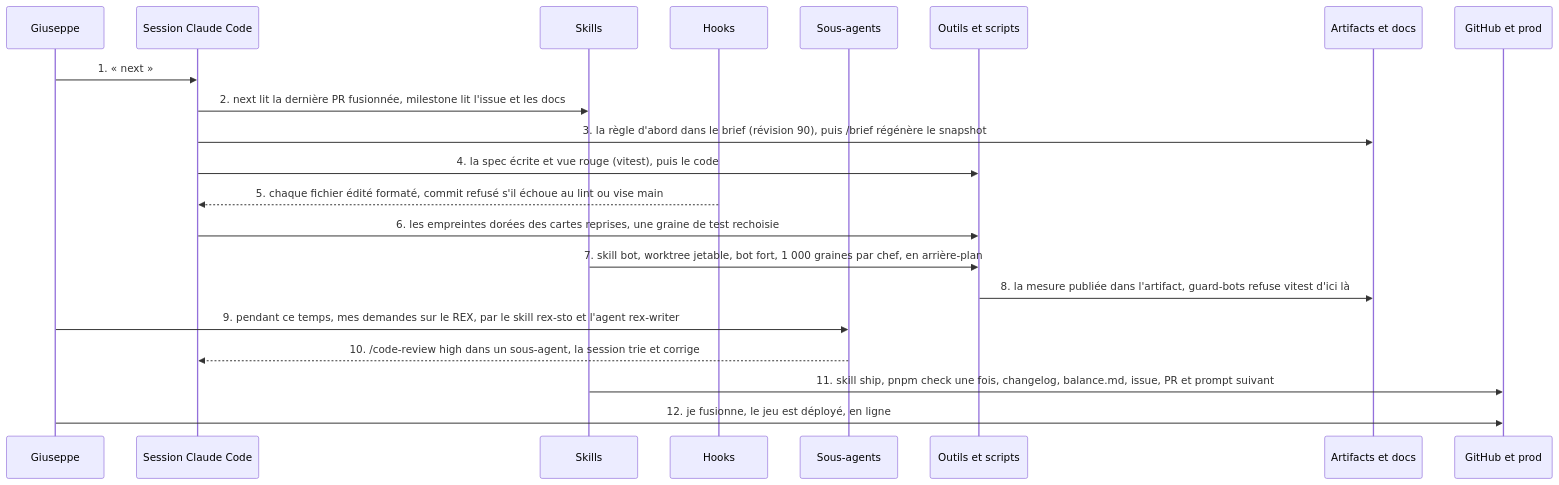
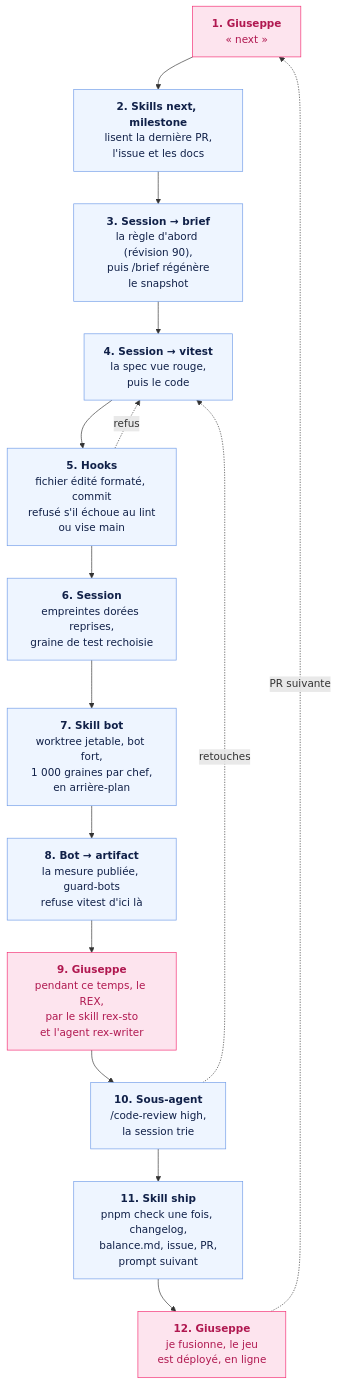
One commit to eleven-labs/blog.eleven-labs.com changed the diagram in _articles/fr/2026-10-27-workflow-claude-code-kebab-roguelite.mdx. Above: the diagram before and after it, drawn with Mermaid. The commit also changed other lines of this file and 2 other files, not shown here.

Commit message:
feat(article): redraw the request as a chart with loops and share the workflow files (fr, en)
The sequence diagram was stretched by its labels and unreadable once scaled down: a vertical
flowchart keeps its text legible on a phone, and its loops show the refusals, the review's
fixes and the next PR. The archive holds the workflow files, private links masked, under MIT.

````diff
--- a/_articles/fr/2026-10-27-workflow-claude-code-kebab-roguelite.mdx
+++ b/_articles/fr/2026-10-27-workflow-claude-code-kebab-roguelite.mdx
@@ -162,23 +164,21 @@
 ```mermaid
-sequenceDiagram
-  participant G as Giuseppe
-  participant S as Session Claude Code
-  participant K as Skills
-  participant H as Hooks
-  participant A as Sous-agents
-  participant O as Outils et scripts
-  participant D as Artifacts et docs
-  participant P as GitHub et prod
-  G->>S: 1. « next »
-  S->>K: 2. next lit la dernière PR fusionnée, milestone lit l'issue et les docs
-  S->>D: 3. la règle d'abord dans le brief (révision 90), puis /brief régénère le snapshot
-  S->>O: 4. la spec écrite et vue rouge (vitest), puis le code
-  H-->>S: 5. chaque fichier édité formaté, commit refusé s'il échoue au lint ou vise main
-  S->>O: 6. les empreintes dorées des cartes reprises, une graine de test rechoisie
-  K->>O: 7. skill bot, worktree jetable, bot fort, 1 000 graines par chef, en arrière-plan
-  O->>D: 8. la mesure publiée dans l'artifact, guard-bots refuse vitest d'ici là
-  G->>A: 9. pendant ce temps, mes demandes sur le REX, par le skill rex-sto et l'agent rex-writer
-  A-->>S: 10. /code-review high dans un sous-agent, la session trie et corrige
-  K->>P: 11. skill ship, pnpm check une fois, changelog, balance.md, issue, PR et prompt suivant
-  G->>P: 12. je fusionne, le jeu est déployé, en ligne
+flowchart TB
+  S1["<b>1. Giuseppe</b><br/>« next »"]:::me
+  S2["<b>2. Skills next, milestone</b><br/>lisent la dernière PR,<br/>l'issue et les docs"]:::tool
+  S3["<b>3. Session → brief</b><br/>la règle d'abord (révision 90),<br/>puis /brief régénère<br/>le snapshot"]:::tool
+  S4["<b>4. Session → vitest</b><br/>la spec vue rouge,<br/>puis le code"]:::tool
+  S5["<b>5. Hooks</b><br/>fichier édité formaté, commit<br/>refusé s'il échoue au lint<br/>ou vise main"]:::tool
+  S6["<b>6. Session</b><br/>empreintes dorées reprises,<br/>graine de test rechoisie"]:::tool
+  S7["<b>7. Skill bot</b><br/>worktree jetable, bot fort,<br/>1 000 graines par chef,<br/>en arrière-plan"]:::tool
+  S8["<b>8. Bot → artifact</b><br/>la mesure publiée, guard-bots<br/>refuse vitest d'ici là"]:::tool
+  S9["<b>9. Giuseppe</b><br/>pendant ce temps, le REX,<br/>par le skill rex-sto<br/>et l'agent rex-writer"]:::me
+  S10["<b>10. Sous-agent</b><br/>/code-review high,<br/>la session trie"]:::tool
+  S11["<b>11. Skill ship</b><br/>pnpm check une fois, changelog,<br/>balance.md, issue, PR,<br/>prompt suivant"]:::tool
+  S12["<b>12. Giuseppe</b><br/>je fusionne, le jeu<br/>est déployé, en ligne"]:::me
+  S1 --> S2 --> S3 --> S4 --> S5 --> S6 --> S7 --> S8 --> S9 --> S10 --> S11 --> S12
+  S5 -.->|refus| S4
+  S10 -.->|retouches| S4
+  S12 -.->|PR suivante| S1
+  classDef me fill:#FDE4EE,stroke:#F42B72,color:#B01850
+  classDef tool fill:#EEF5FF,stroke:#6F9BE8,color:#102048
 ```
````
